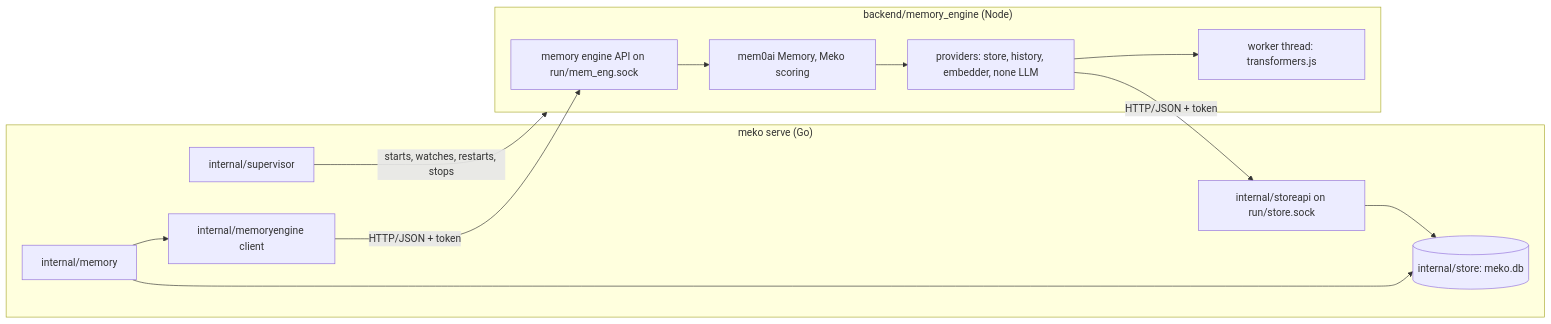
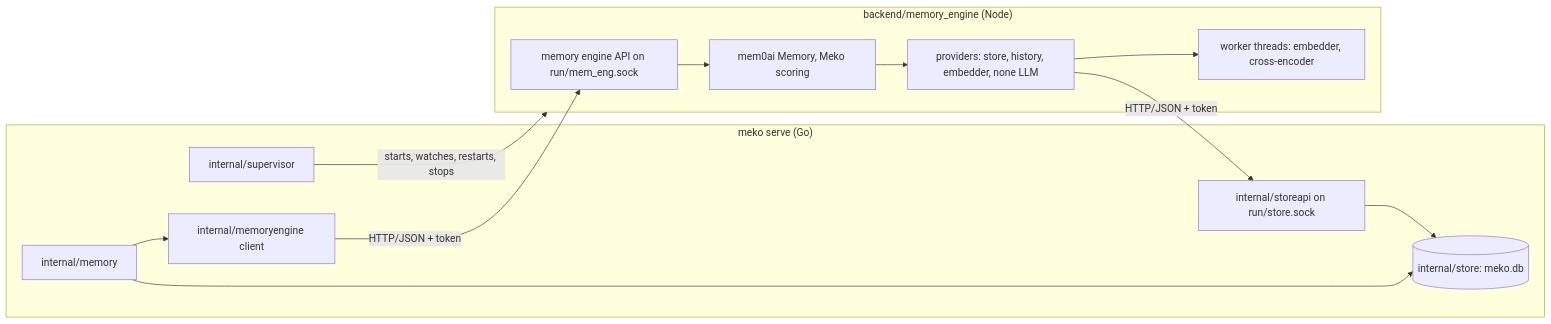
One commit to yugabyte/meko changed the diagram in backend/docs/memory-engine.md. Above: the diagram before and after it, drawn with Mermaid. The commit also changed other lines of this file and 20 other files, not shown here.

````diff
--- a/backend/docs/memory-engine.md
+++ b/backend/docs/memory-engine.md
@@ -61,23 +45,23 @@
 ```mermaid
 flowchart LR
   subgraph serve["meko serve (Go)"]
     svc["internal/memory"]
     storeapi["internal/storeapi on run/store.sock"]
     store[("internal/store: meko.db")]
     eng["internal/memoryengine client"]
     sup["internal/supervisor"]
     svc --> store
     svc --> eng
     storeapi --> store
   end
   subgraph node["backend/memory_engine (Node)"]
     api["memory engine API on run/mem_eng.sock"]
     mem0["mem0ai Memory, Meko scoring"]
     prov["providers: store, history, embedder, none LLM"]
-    worker["worker thread: transformers.js"]
+    worker["worker threads: embedder, cross-encoder"]
     api --> mem0 --> prov --> worker
   end
   eng -- "HTTP/JSON + token" --> api
   prov -- "HTTP/JSON + token" --> storeapi
   sup -- "starts, watches, restarts, stops" --> node
 ```
````
